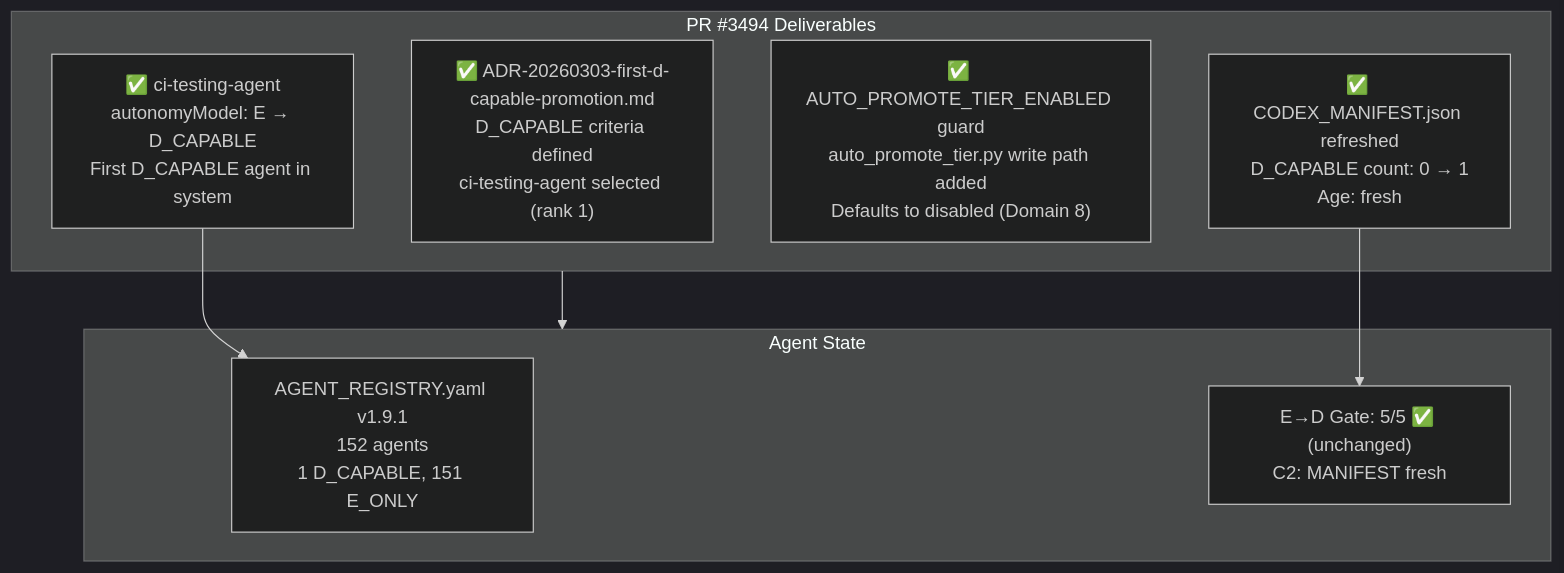
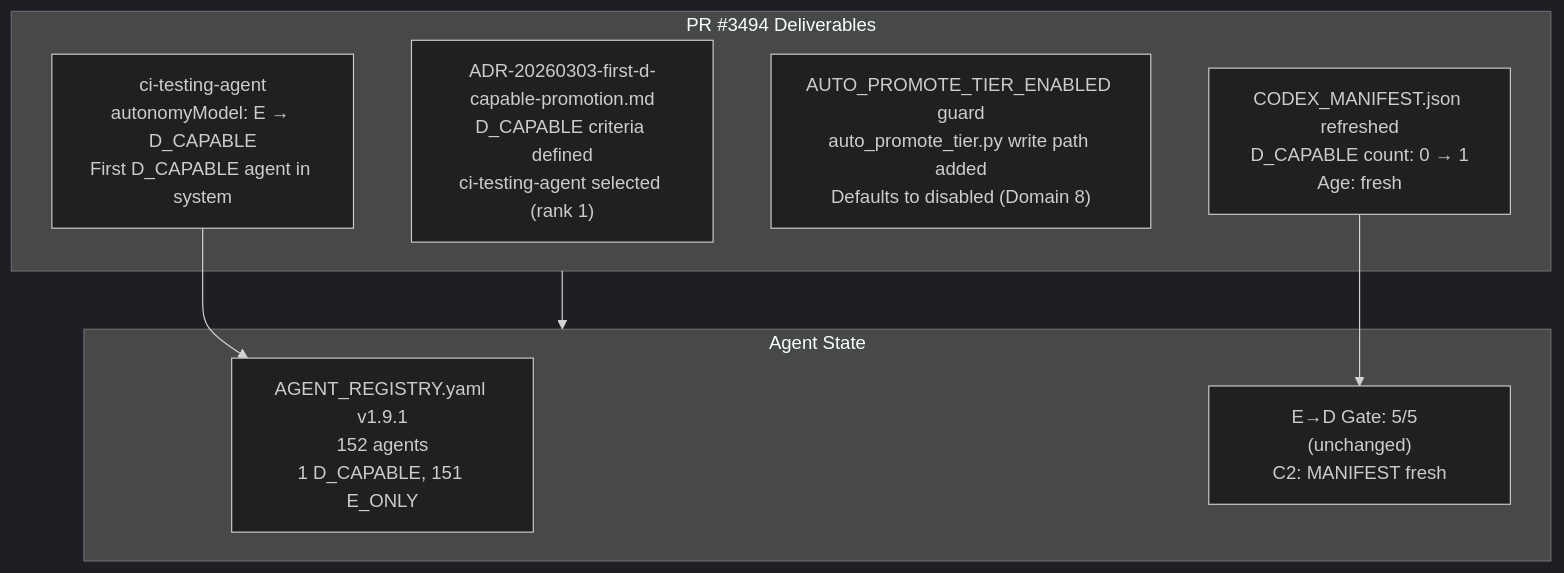
Before and after one commit to Aries-Serpent/_codex_: the diagram in docs/cognitive_brain/status/COGNITIVE_BRAIN_STATUS_PR3494.md, drawn with Mermaid (dark theme). The commit also changed other lines of this file and 2029 other files, not shown here.

````diff
--- a/docs/cognitive_brain/status/COGNITIVE_BRAIN_STATUS_PR3494.md
+++ b/docs/cognitive_brain/status/COGNITIVE_BRAIN_STATUS_PR3494.md
@@ -30,19 +33,19 @@
 ```mermaid
-%%{init: {'accessibility': {'title': 'Diagram showing "PR #3494 Deliverables", "✅ ADR-20260303-first-d-capable-promotion.md\nD_CAPABLE criteria defined\nci-testing-agent selected (rank 1)"'}}%%
+%%{init: {'accessibility': {'title': 'Diagram showing "PR #3494 Deliverables", " ADR-20260303-first-d-capable-promotion.md\nD_CAPABLE criteria defined\nci-testing-agent selected (rank 1)"'}}%%
 graph TB
     subgraph PR3494["PR #3494 Deliverables"]
-        ADR["✅ ADR-20260303-first-d-capable-promotion.md\nD_CAPABLE criteria defined\nci-testing-agent selected (rank 1)"]
-        DCAP["✅ ci-testing-agent\nautonomyModel: E → D_CAPABLE\nFirst D_CAPABLE agent in system"]
-        GUARD["✅ AUTO_PROMOTE_TIER_ENABLED guard\nauto_promote_tier.py write path added\nDefaults to disabled (Domain 8)"]
-        MAN["✅ CODEX_MANIFEST.json refreshed\nD_CAPABLE count: 0 → 1\nAge: fresh"]
+        ADR[" ADR-20260303-first-d-capable-promotion.md\nD_CAPABLE criteria defined\nci-testing-agent selected (rank 1)"]
+        DCAP[" ci-testing-agent\nautonomyModel: E → D_CAPABLE\nFirst D_CAPABLE agent in system"]
+        GUARD[" AUTO_PROMOTE_TIER_ENABLED guard\nauto_promote_tier.py write path added\nDefaults to disabled (Domain 8)"]
+        MAN[" CODEX_MANIFEST.json refreshed\nD_CAPABLE count: 0 → 1\nAge: fresh"]
     end
 
     subgraph AGENTS["Agent State"]
         REG["AGENT_REGISTRY.yaml v1.9.1\n152 agents\n1 D_CAPABLE, 151 E_ONLY"]
-        GATES["E→D Gate: 5/5 ✅ (unchanged)\nC2: MANIFEST fresh"]
+        GATES["E→D Gate: 5/5  (unchanged)\nC2: MANIFEST fresh"]
     end
 
     PR3494 --> AGENTS
     DCAP --> REG
     MAN --> GATES
 ```
````
